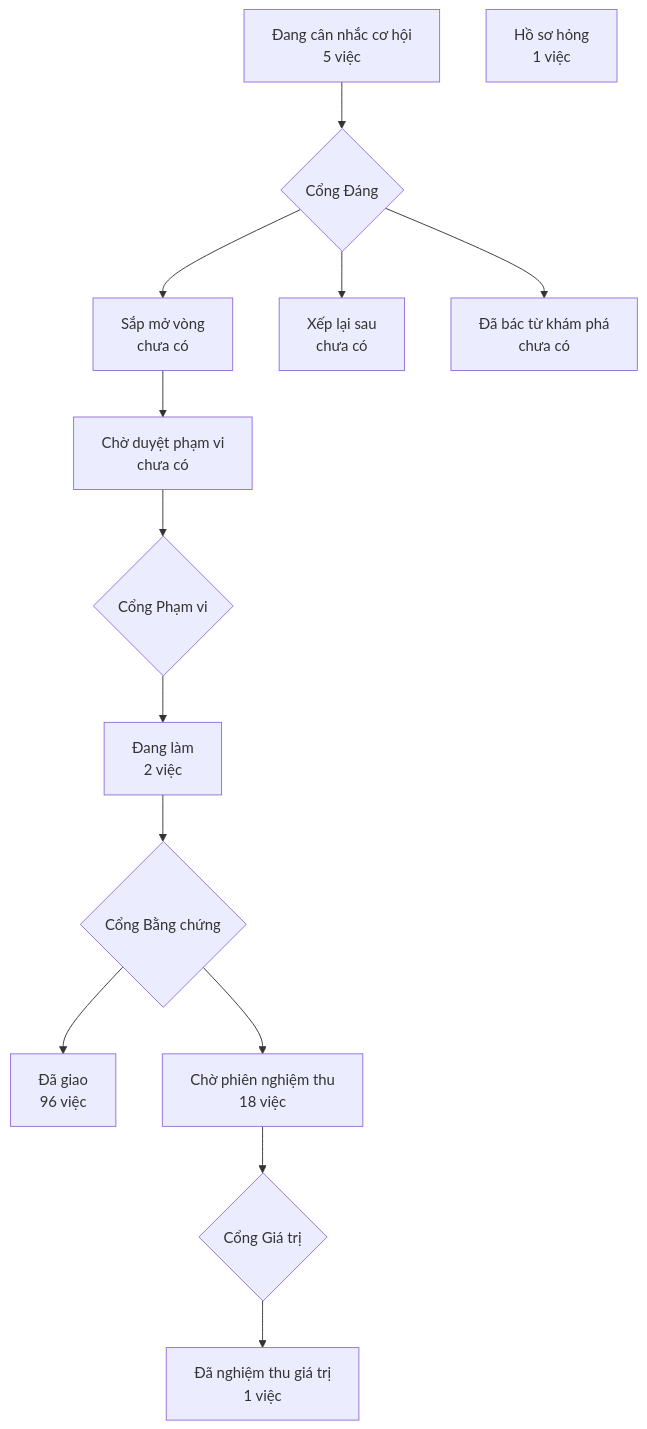
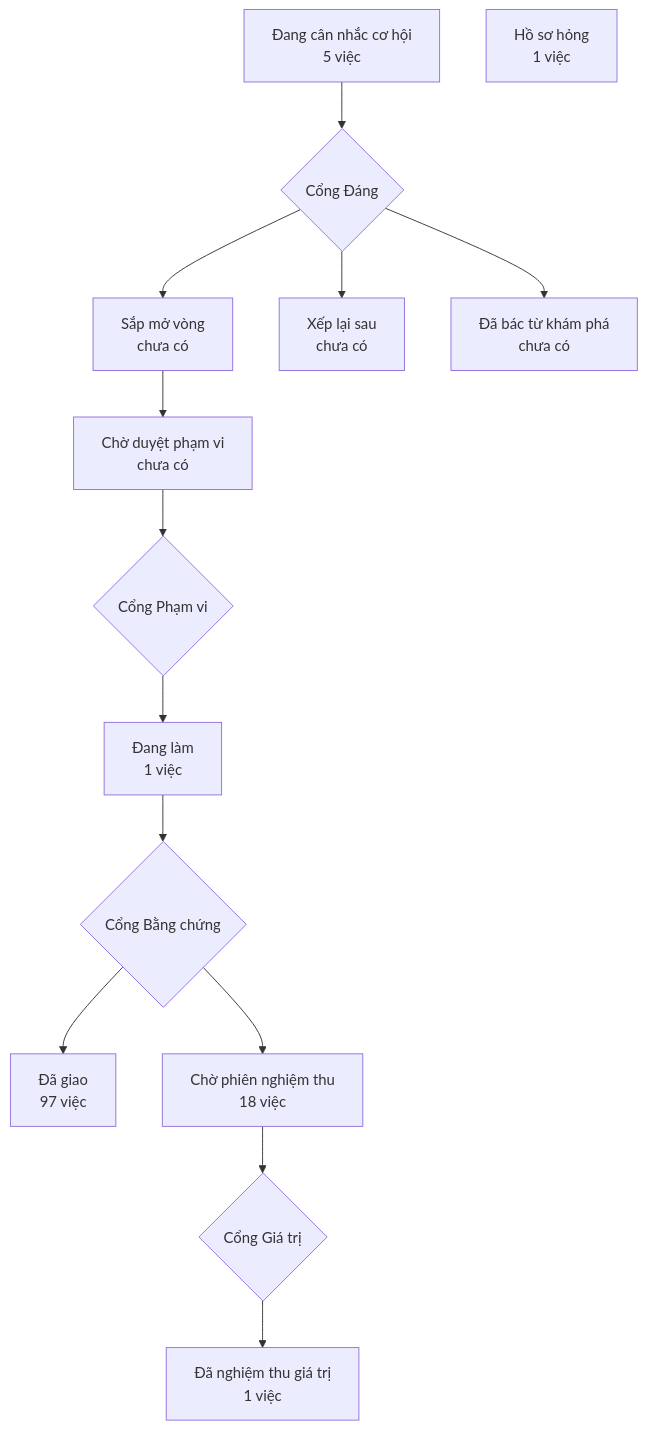
One commit to phanlemanh/crm-onehub changed the diagram in PRODUCT-MAP.md. Above: the diagram before and after it, drawn with Mermaid. The commit also changed 3 other files, not shown here.

````diff
--- a/PRODUCT-MAP.md
+++ b/PRODUCT-MAP.md
@@ -6,13 +6,13 @@
 ```mermaid
 flowchart TD
   A["Đang cân nhắc cơ hội<br/>5 việc"] --> GD{"Cổng Đáng"}
   GD --> B["Sắp mở vòng<br/>chưa có"]
   GD --> XL["Xếp lại sau<br/>chưa có"]
   GD --> DB["Đã bác từ khám phá<br/>chưa có"]
   B --> CD["Chờ duyệt phạm vi<br/>chưa có"] --> GP{"Cổng Phạm vi"}
-  GP --> DL["Đang làm<br/>2 việc"] --> GB{"Cổng Bằng chứng"}
-  GB --> DG["Đã giao<br/>96 việc"]
+  GP --> DL["Đang làm<br/>1 việc"] --> GB{"Cổng Bằng chứng"}
+  GB --> DG["Đã giao<br/>97 việc"]
   GB --> CN["Chờ phiên nghiệm thu<br/>18 việc"] --> GG{"Cổng Giá trị"}
   GG --> NT["Đã nghiệm thu giá trị<br/>1 việc"]
   HS["Hồ sơ hỏng<br/>1 việc"]
 ```
````
